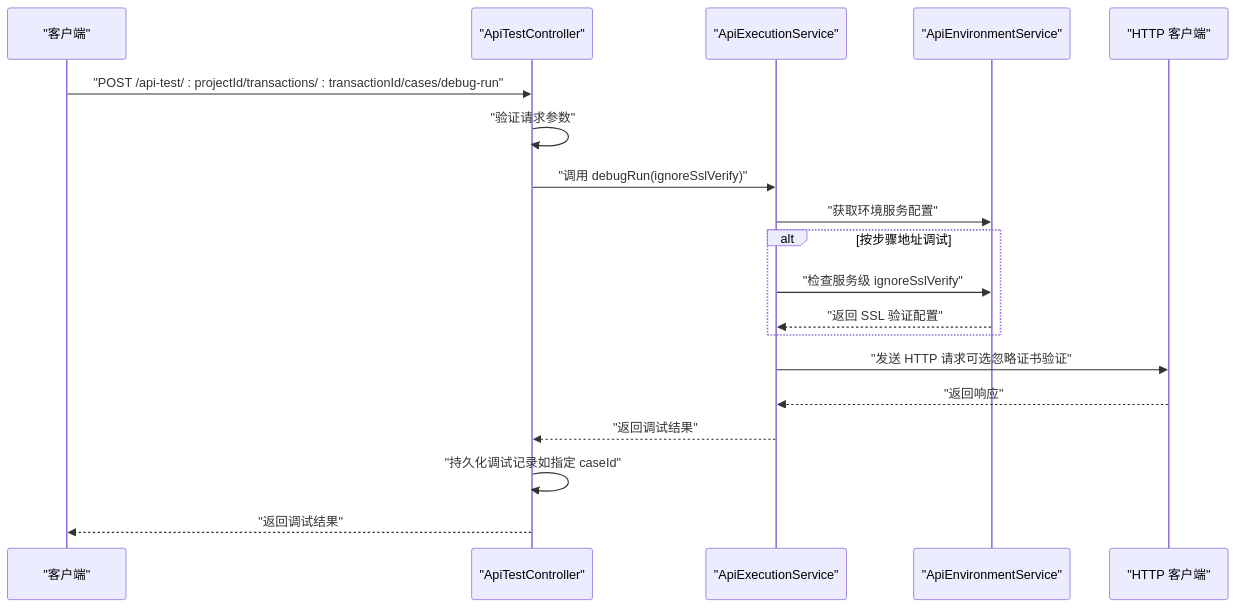
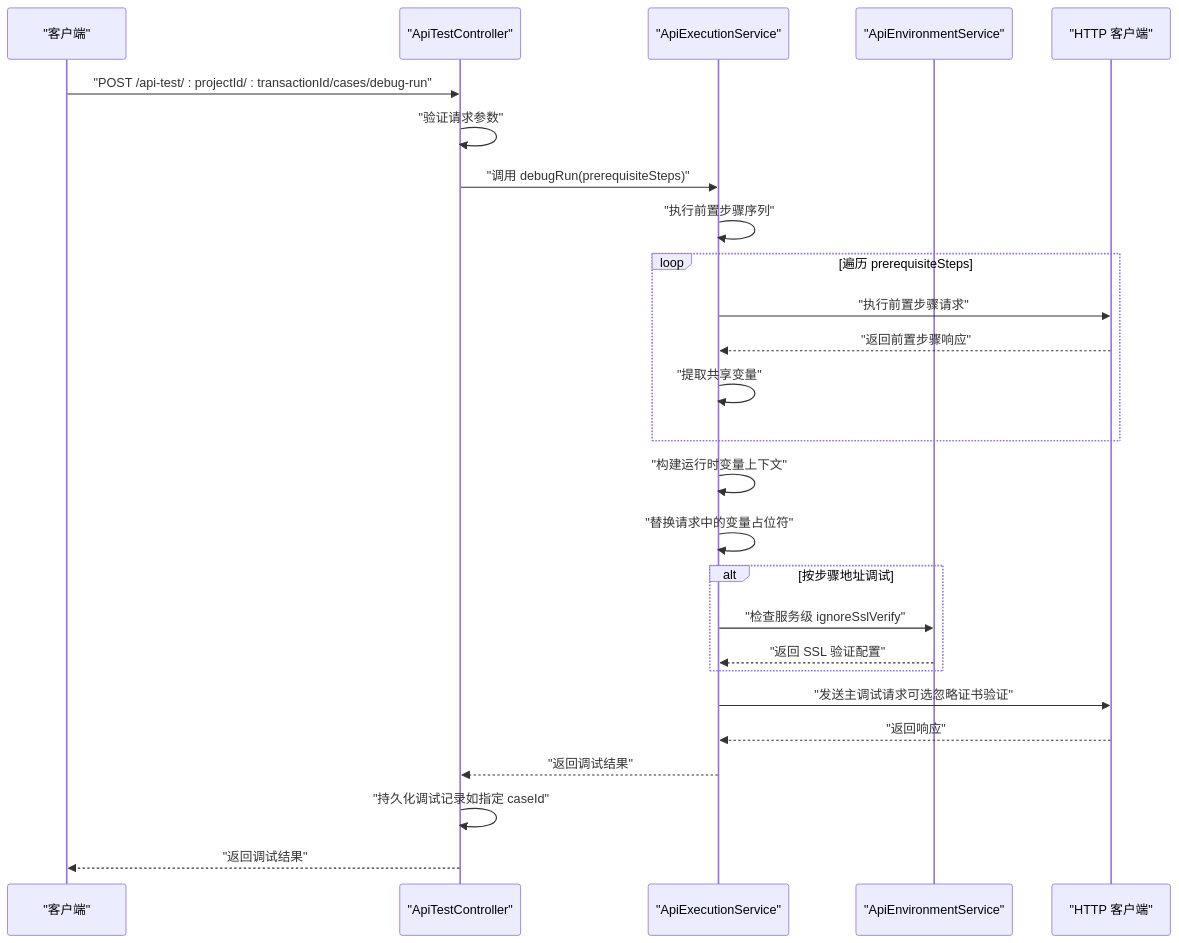
The fifth of 6 diagrams in .qoder/repowiki/zh/content/后端开发/控制器层开发/API 测试控制器.md (Lichhu/caseForge), drawn with Mermaid before and after one commit. The commit also changed other lines of this file and 40 other files, not shown here.

````diff
--- a/.qoder/repowiki/zh/content/后端开发/控制器层开发/API 测试控制器.md
+++ b/.qoder/repowiki/zh/content/后端开发/控制器层开发/API 测试控制器.md
@@ -250,21 +253,28 @@
 ```mermaid
 sequenceDiagram
 participant Client as "客户端"
 participant Ctrl as "ApiTestController"
 participant ExecSvc as "ApiExecutionService"
 participant EnvSvc as "ApiEnvironmentService"
 participant Fetch as "HTTP 客户端"
-Client->>Ctrl : "POST /api-test/ : projectId/transactions/ : transactionId/cases/debug-run"
+Client->>Ctrl : "POST /api-test/ : projectId/ : transactionId/cases/debug-run"
 Ctrl->>Ctrl : "验证请求参数"
-Ctrl->>ExecSvc : "调用 debugRun(ignoreSslVerify)"
-ExecSvc->>EnvSvc : "获取环境服务配置"
+Ctrl->>ExecSvc : "调用 debugRun(prerequisiteSteps)"
+ExecSvc->>ExecSvc : "执行前置步骤序列"
+loop 遍历 prerequisiteSteps
+ExecSvc->>Fetch : "执行前置步骤请求"
+Fetch-->>ExecSvc : "返回前置步骤响应"
+ExecSvc->>ExecSvc : "提取共享变量"
+end
+ExecSvc->>ExecSvc : "构建运行时变量上下文"
+ExecSvc->>ExecSvc : "替换请求中的变量占位符"
 alt 按步骤地址调试
 ExecSvc->>EnvSvc : "检查服务级 ignoreSslVerify"
 EnvSvc-->>ExecSvc : "返回 SSL 验证配置"
 end
-ExecSvc->>Fetch : "发送 HTTP 请求可选忽略证书验证"
+ExecSvc->>Fetch : "发送主调试请求可选忽略证书验证"
 Fetch-->>ExecSvc : "返回响应"
 ExecSvc-->>Ctrl : "返回调试结果"
 Ctrl->>Ctrl : "持久化调试记录如指定 caseId"
 Ctrl-->>Client : "返回调试结果"
 ```
````
